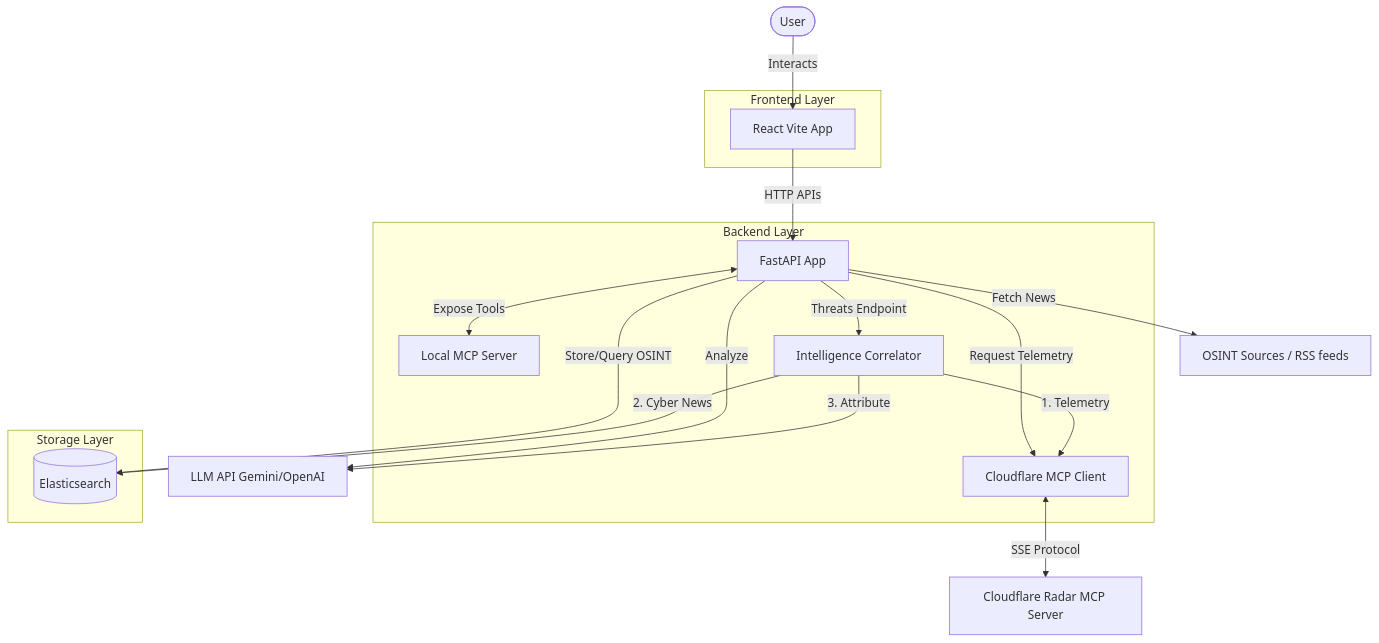
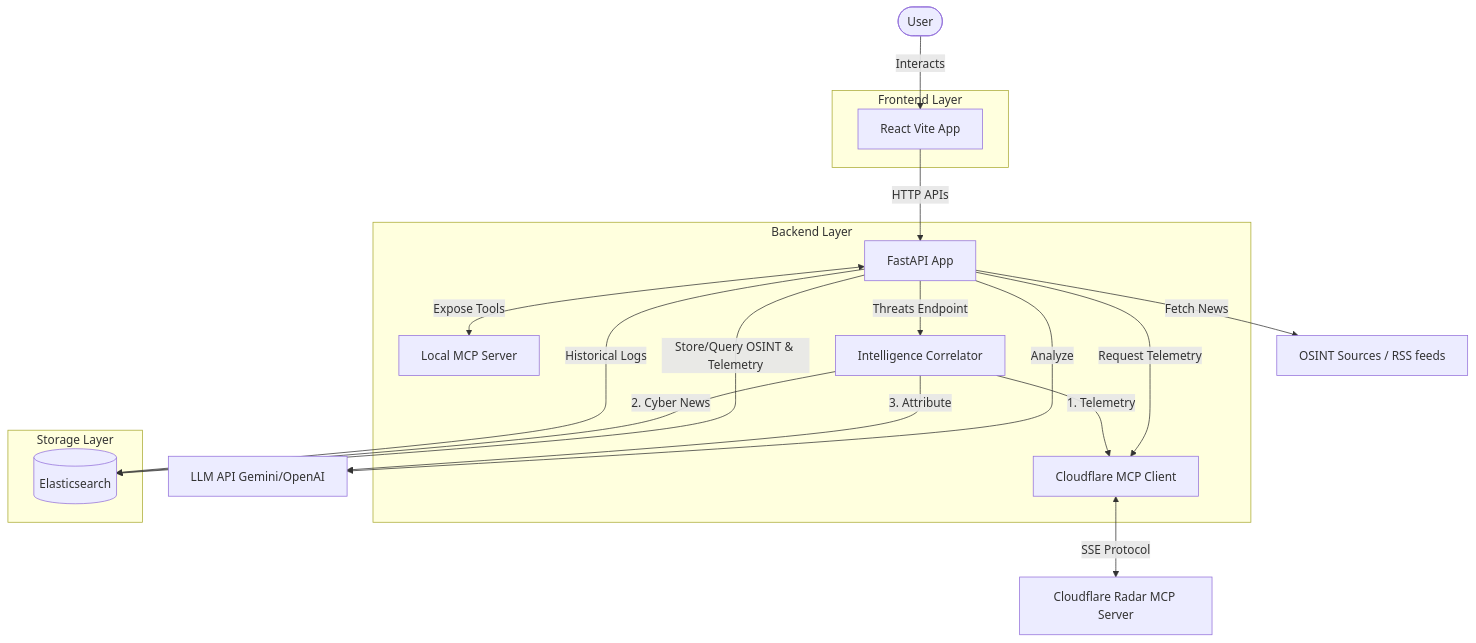
Before and after one commit to jcalbo/GeoIntel-360: the diagram in README.md, drawn with Mermaid. The commit also changed other lines of this file and 11 other files, not shown here.

Commit message:
feat(telemetry): Add Elasticsearch chronological logging for Cloudflare Radar events and historical search modal

````diff
--- a/README.md
+++ b/README.md
@@ -15,33 +15,34 @@
 ```mermaid
 graph TD
     User([User]) -->|Interacts| Frontend
     subgraph Client [Frontend Layer]
         Frontend[React Vite App]
     end
     
     Frontend -->|HTTP APIs| Backend
     
     subgraph Server [Backend Layer]
         Backend[FastAPI App]
         MCPServer[Local MCP Server]
         MCPClient[Cloudflare MCP Client]
         ThreatIntel[Intelligence Correlator]
     end
     
-    Backend -->|Store/Query OSINT| ES[(Elasticsearch)]
+    Backend -->|Store/Query OSINT & Telemetry| ES[(Elasticsearch)]
     Backend -->|Fetch News| ExtSources[OSINT Sources / RSS feeds]
     Backend -->|Analyze| LLM[LLM API Gemini/OpenAI]
     
     Backend <-->|Expose Tools| MCPServer
     Backend -->|Request Telemetry| MCPClient
     MCPClient <-->|SSE Protocol| CloudflareRadar[Cloudflare Radar MCP Server]
     
     ThreatIntel -->|1. Telemetry| MCPClient
     ThreatIntel -->|2. Cyber News| ES
     ThreatIntel -->|3. Attribute| LLM
     Backend -->|Threats Endpoint| ThreatIntel
+    Backend -->|Historical Logs| ES
     
     subgraph Data [Storage Layer]
         ES
     end
 ```
````
